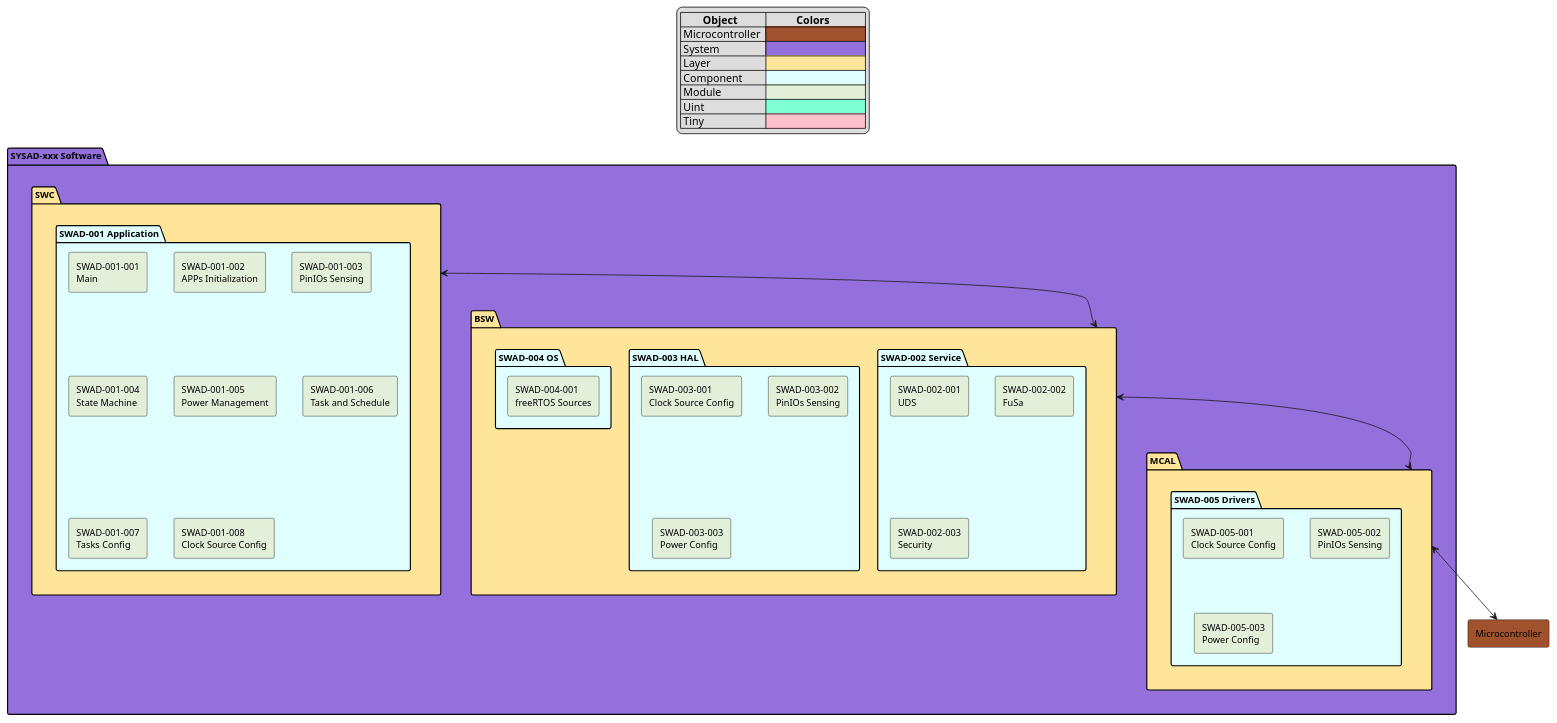
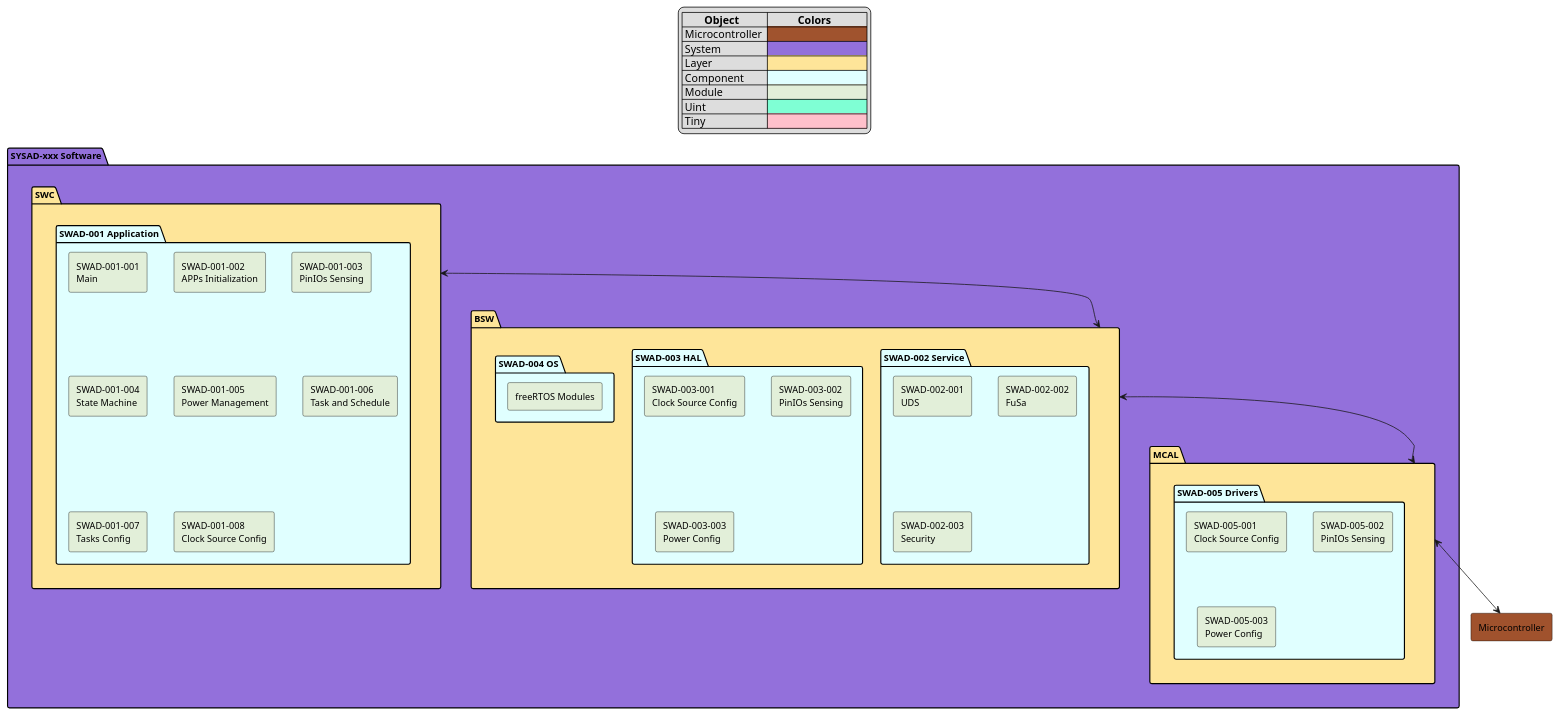
One commit to FdsLu/StaticSwArch changed the diagram in Static_Sw_Arch.plantuml. Above: the diagram before and after it, drawn with PlantUML.

Commit message:
[Modify] SWAD-004 Module [Modify] 1. Delete #SWAD-004-001 module and rename to freeRTOS modules.

```diff
--- a/Static_Sw_Arch.plantuml
+++ b/Static_Sw_Arch.plantuml
@@ -1,70 +1,70 @@
 @startuml
 '----- Table Description ----
 'Object Colors Setting
 skinparam defaultFontName Arial
 skinparam defaultFontSize 12
 
 skinparam rectangle {
     BackgroundColor #87CEFA
     BorderColor #000000
 }
 
 legend top
 |=        Object  |=           Colors  |
 | Microcontroller  |<back:#A0522D>                                    |
 | System  |<back:#9370DB>                                    |
 | Layer  |<back:#FEE599>                                    |
 | Component |<back:#E0FFFF>                                    |
 | Module |<back:#E2EFD9>                                    |
 | Uint |<back:#7FFFD4>                                    |
 | Tiny |<back:#FFC0CB>                                    |
 endlegend
 
 package "SYSAD-xxx Software" #9370DB {
     package "SWC" #FEE599 {
         package "SWAD-001 Application" #E0FFFF {
             rectangle "SWAD-001-001\nMain" as Main #E2EFD9
             rectangle "SWAD-001-002\nAPPs Initialization" as AppsInit #E2EFD9
             rectangle "SWAD-001-003\nPinIOs Sensing" as PinIOSensing #E2EFD9
             rectangle "SWAD-001-004\nState Machine" as StateMachine #E2EFD9
             rectangle "SWAD-001-005\nPower Management" as PowerManagement #E2EFD9
             rectangle "SWAD-001-006\nTask and Schedule" as TaskSchedule #E2EFD9
             rectangle "SWAD-001-007\nTasks Config" as TasksConfig #E2EFD9
             rectangle "SWAD-001-008\nClock Source Config" as ClockSourceConfig #E2EFD9
         }
     }
 
     package "BSW" #FEE599 {
         package "SWAD-002 Service" as Service #E0FFFF {
             rectangle "SWAD-002-001\nUDS" as UDS #E2EFD9
             rectangle "SWAD-002-002\nFuSa" as FuSa #E2EFD9
             rectangle "SWAD-002-003\nSecurity" as Security #E2EFD9
         }
 
         package "SWAD-003 HAL" as HAL #E0FFFF {
             rectangle "SWAD-003-001\nClock Source Config" as HAL_ClockSourceConfig #E2EFD9
             rectangle "SWAD-003-002\nPinIOs Sensing" as HAL_PinIOSensing #E2EFD9
             rectangle "SWAD-003-003\nPower Config" as HAL_PowerConfig #E2EFD9
         }
 
         package "SWAD-004 OS" as OS #E0FFFF {
-            rectangle "SWAD-004-001\nfreeRTOS Sources" as freeRTOS #E2EFD9
+            rectangle "freeRTOS Modules" as freeRTOS #E2EFD9
         }
     }
 
     package "MCAL" #FEE599 {
         package "SWAD-005 Drivers" as Drivers #E0FFFF {
             rectangle "SWAD-005-001\nClock Source Config" as MCAL_ClockSourceConfig #E2EFD9
             rectangle "SWAD-005-002\nPinIOs Sensing" as MCAL_PinIOSensing #E2EFD9
             rectangle "SWAD-005-003\nPower Config" as MCAL_PowerConfig #E2EFD9
         }
     }
 }
 
 rectangle "Microcontroller" as MCU #A0522D
 
 SWC <--> BSW
 BSW <--> MCAL
 MCAL <--> MCU
 
 @enduml
```
